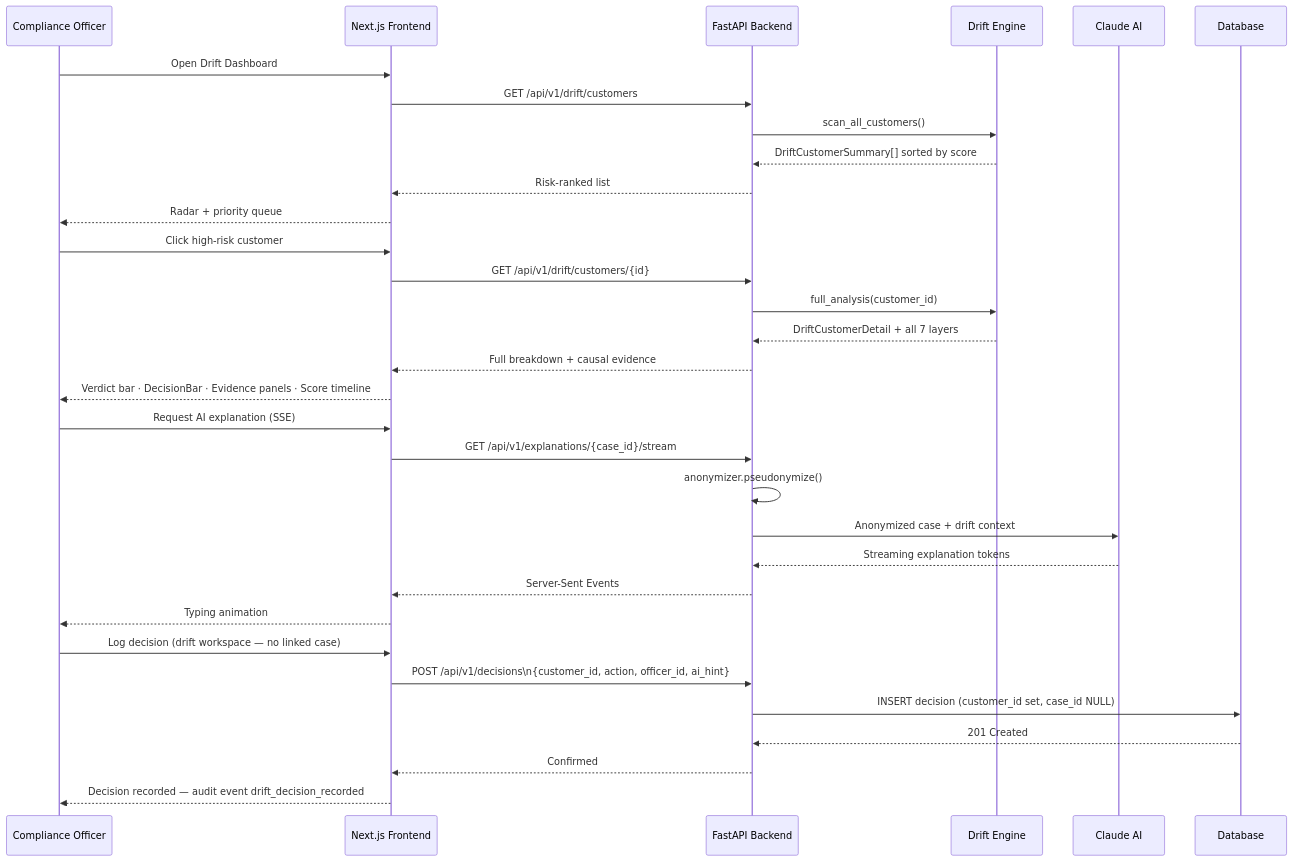
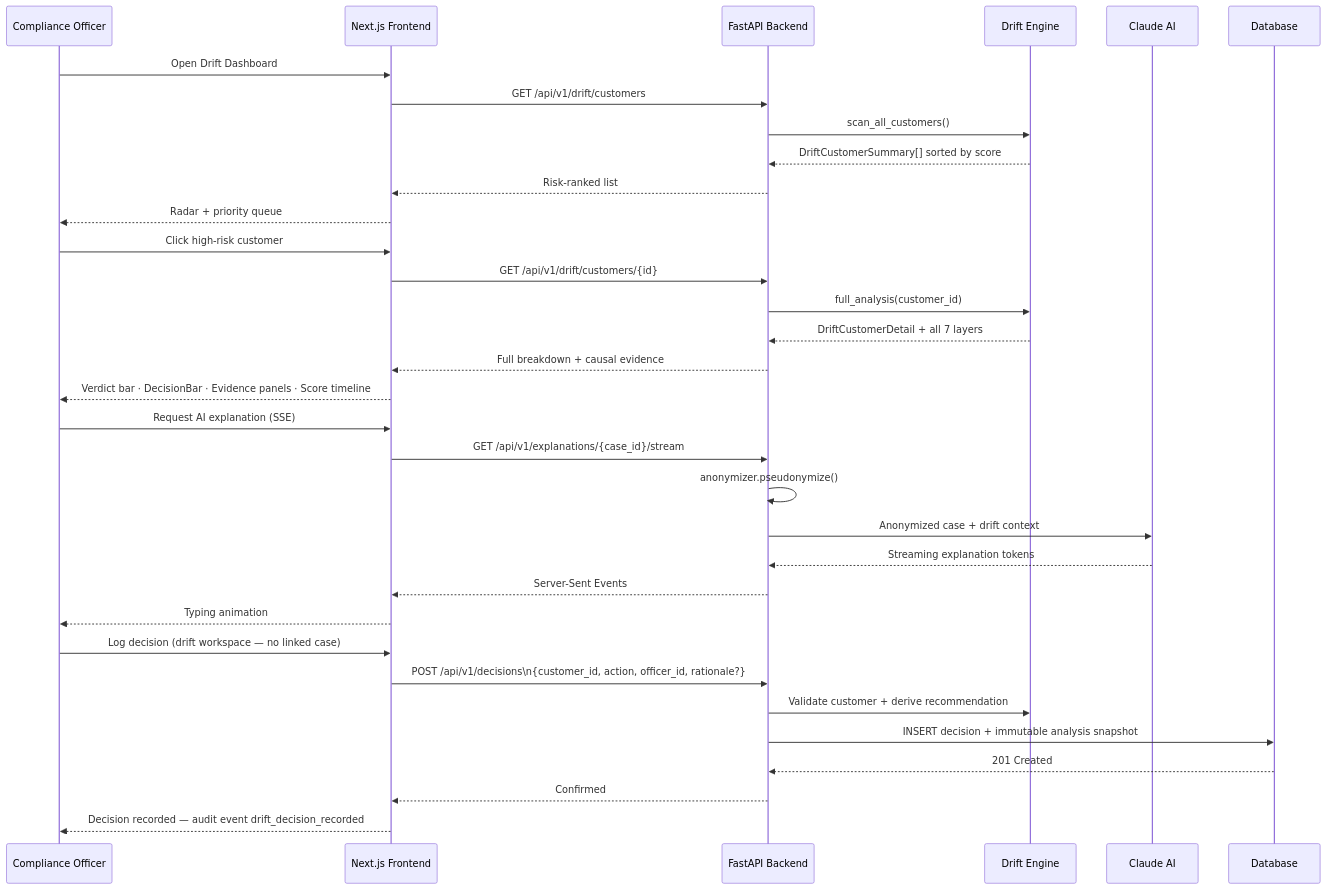
One commit to SteveDok22/Swisshacks-2026 changed the third of 6 diagrams in docs/flows.md. Above: the diagram before and after it, drawn with Mermaid. The commit also changed 27 other files, not shown here.

````diff
--- a/docs/flows.md
+++ b/docs/flows.md
@@ -84,38 +84,39 @@
 ```mermaid
 sequenceDiagram
     participant O as Compliance Officer
     participant FE as Next.js Frontend
     participant API as FastAPI Backend
     participant DE as Drift Engine
     participant LLM as Claude AI
     participant DB as Database
 
     O->>FE: Open Drift Dashboard
     FE->>API: GET /api/v1/drift/customers
     API->>DE: scan_all_customers()
     DE-->>API: DriftCustomerSummary[] sorted by score
     API-->>FE: Risk-ranked list
     FE-->>O: Radar + priority queue
 
     O->>FE: Click high-risk customer
     FE->>API: GET /api/v1/drift/customers/{id}
     API->>DE: full_analysis(customer_id)
     DE-->>API: DriftCustomerDetail + all 7 layers
     API-->>FE: Full breakdown + causal evidence
     FE-->>O: Verdict bar · DecisionBar · Evidence panels · Score timeline
 
     O->>FE: Request AI explanation (SSE)
     FE->>API: GET /api/v1/explanations/{case_id}/stream
     API->>API: anonymizer.pseudonymize()
     API->>LLM: Anonymized case + drift context
     LLM-->>API: Streaming explanation tokens
     API-->>FE: Server-Sent Events
     FE-->>O: Typing animation
 
     O->>FE: Log decision (drift workspace — no linked case)
-    FE->>API: POST /api/v1/decisions\n{customer_id, action, officer_id, ai_hint}
-    API->>DB: INSERT decision (customer_id set, case_id NULL)
+    FE->>API: POST /api/v1/decisions\n{customer_id, action, officer_id, rationale?}
+    API->>DE: Validate customer + derive recommendation
+    API->>DB: INSERT decision + immutable analysis snapshot
     DB-->>API: 201 Created
     API-->>FE: Confirmed
     FE-->>O: Decision recorded — audit event drift_decision_recorded
 ```
````
